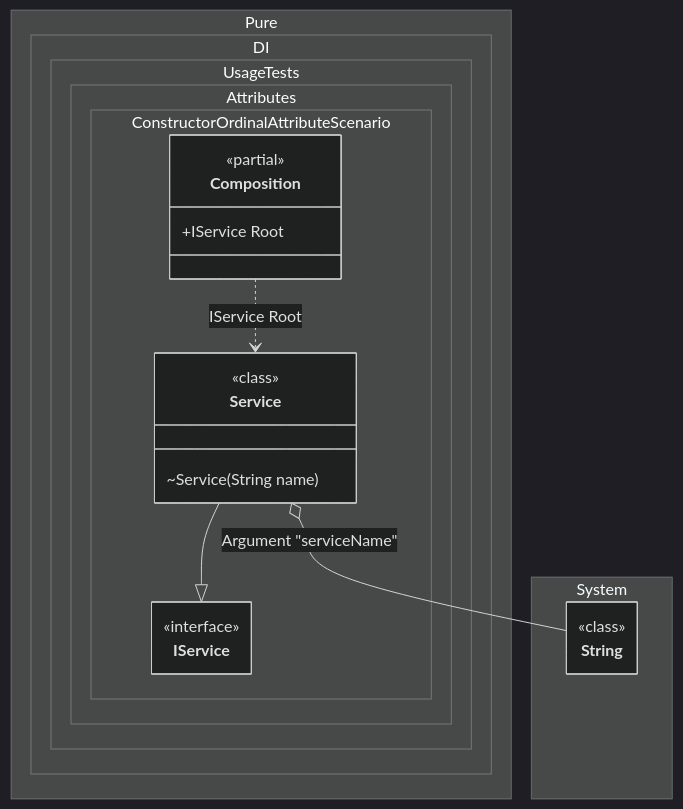
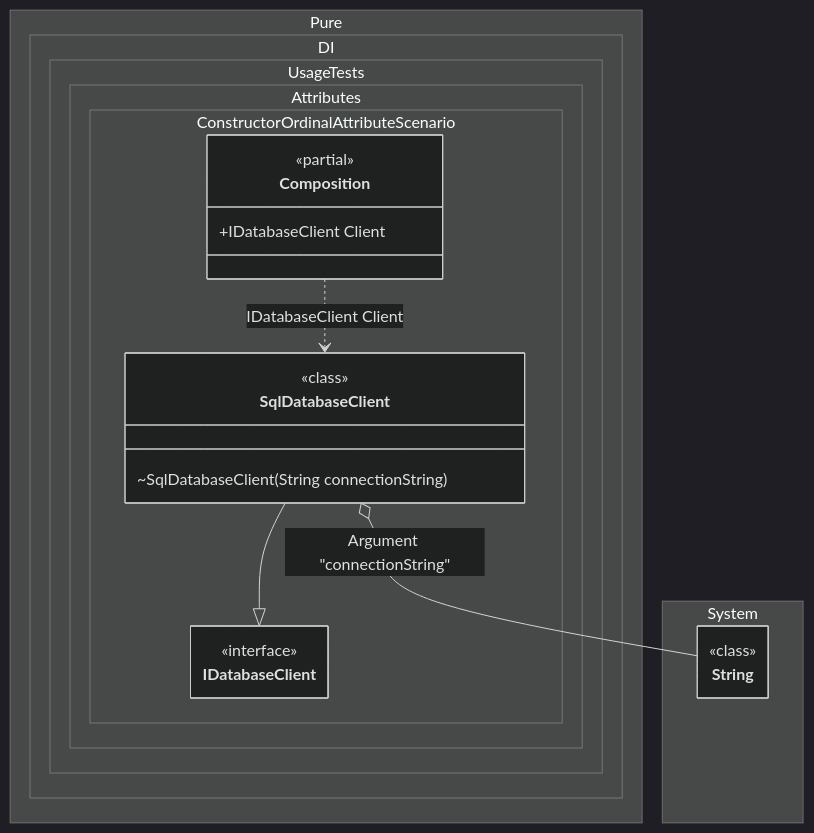
One commit to DevTeam/Pure.DI changed the diagram in readme/constructor-ordinal-attribute.md. Above: the diagram before and after it, drawn with Mermaid (dark theme). The commit also changed other lines of this file and 126 other files, not shown here.

````diff
--- a/readme/constructor-ordinal-attribute.md
+++ b/readme/constructor-ordinal-attribute.md
@@ -119,31 +128,31 @@
 ```mermaid
 ---
  config:
   maxTextSize: 2147483647
   maxEdges: 2147483647
   class:
    hideEmptyMembersBox: true
 ---
 classDiagram
-	Service --|> IService
-	Composition ..> Service : IService Root
-	Service o-- String : Argument "serviceName"
+	SqlDatabaseClient --|> IDatabaseClient
+	Composition ..> SqlDatabaseClient : IDatabaseClient Client
+	SqlDatabaseClient o-- String : Argument "connectionString"
 	namespace Pure.DI.UsageTests.Attributes.ConstructorOrdinalAttributeScenario {
 		class Composition {
 		<<partial>>
-		+IService Root
+		+IDatabaseClient Client
 		}
-		class IService {
+		class IDatabaseClient {
 			<<interface>>
 		}
-		class Service {
+		class SqlDatabaseClient {
 				<<class>>
-			~Service(String name)
+			~SqlDatabaseClient(String connectionString)
 		}
 	}
 	namespace System {
 		class String {
 				<<class>>
 		}
 	}
 ```
````
